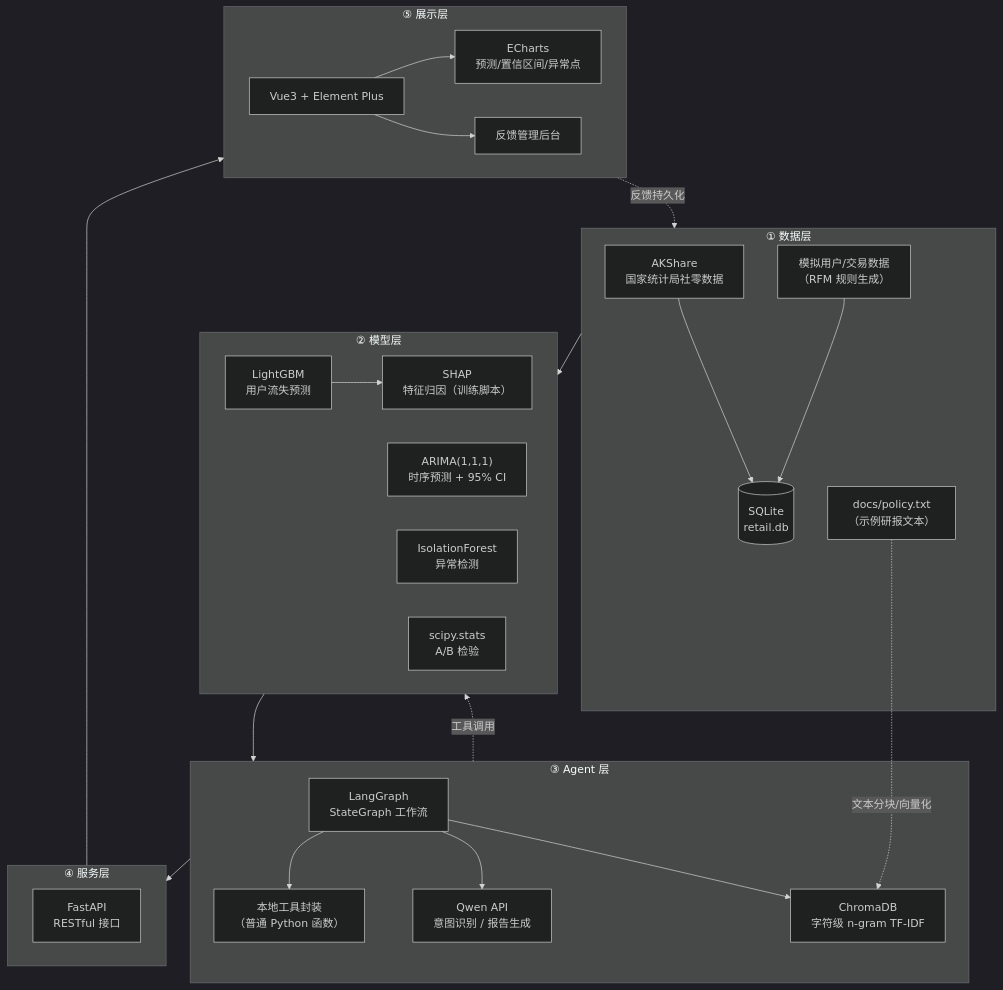
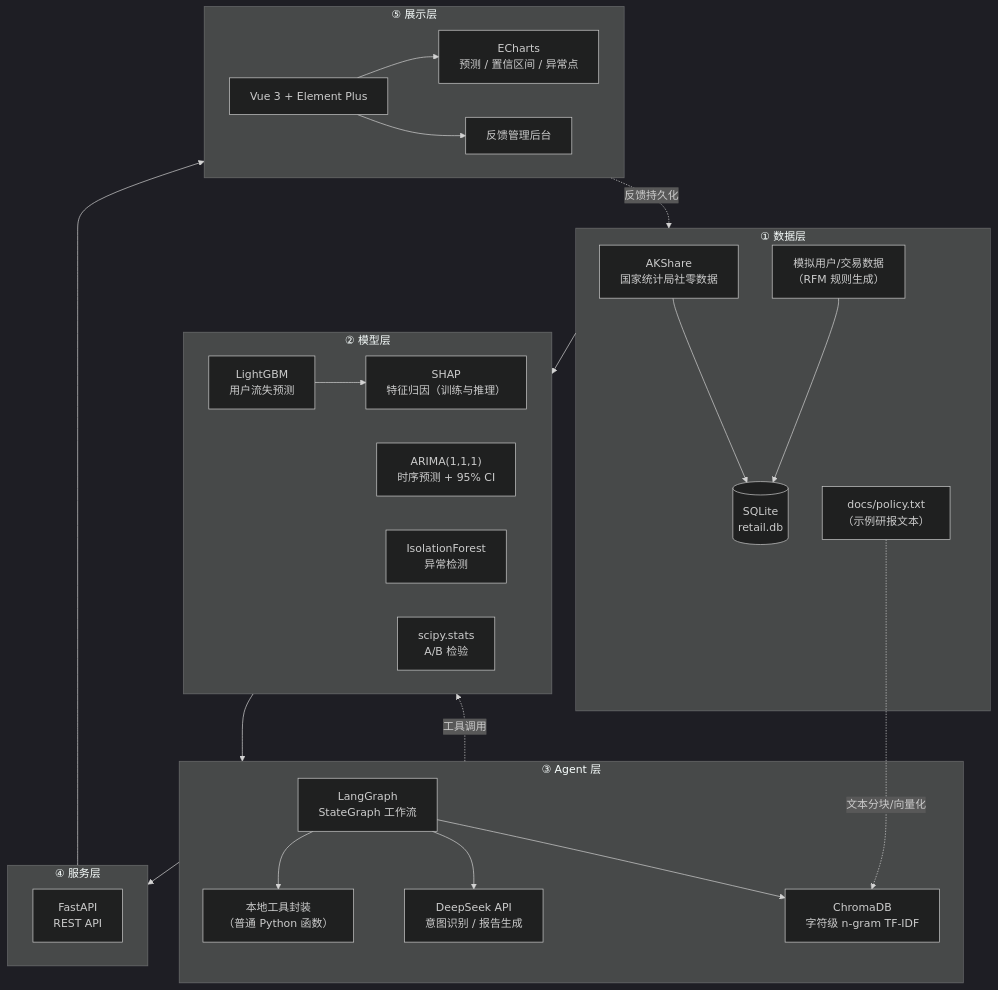
The first of 2 diagrams in README.md (renyj-create/Retail-Macro-Forecast-AI), drawn with Mermaid (dark theme) before and after one commit. The commit also changed other lines of this file and 51 other files, not shown here.

````diff
--- a/README.md
+++ b/README.md
@@ -108,47 +113,47 @@
 ```mermaid
 flowchart TB
     subgraph Data["① 数据层"]
         A1["AKShare<br/>国家统计局社零数据"]
         A2["模拟用户/交易数据<br/>（RFM 规则生成）"]
         A3[("SQLite<br/>retail.db")]
         A4["docs/policy.txt<br/>（示例研报文本）"]
         A1 --> A3
         A2 --> A3
     end
 
     subgraph Model["② 模型层"]
         B1["LightGBM<br/>用户流失预测"]
-        B2["SHAP<br/>特征归因（训练脚本）"]
+        B2["SHAP<br/>特征归因（训练与推理）"]
         B3["ARIMA(1,1,1)<br/>时序预测 + 95% CI"]
         B4["IsolationForest<br/>异常检测"]
         B5["scipy.stats<br/>A/B 检验"]
         B1 --> B2
     end
 
     subgraph Agent["③ Agent 层"]
         C1["LangGraph<br/>StateGraph 工作流"]
         C2["本地工具封装<br/>（普通 Python 函数）"]
-        C3["Qwen API<br/>意图识别 / 报告生成"]
+        C3["DeepSeek API<br/>意图识别 / 报告生成"]
         C4["ChromaDB<br/>字符级 n-gram TF-IDF"]
         C1 --> C2
         C1 --> C3
         C1 --> C4
         A4 -. 文本分块/向量化 .-> C4
     end
 
     subgraph Serve["④ 服务层"]
-        D1["FastAPI<br/>RESTful 接口"]
+        D1["FastAPI<br/>REST API"]
     end
 
     subgraph Front["⑤ 展示层"]
-        E1["Vue3 + Element Plus"]
-        E2["ECharts<br/>预测/置信区间/异常点"]
+        E1["Vue 3 + Element Plus"]
+        E2["ECharts<br/>预测 / 置信区间 / 异常点"]
         E3["反馈管理后台"]
         E1 --> E2
         E1 --> E3
     end
 
     Data --> Model --> Agent --> Serve --> Front
     Agent -. 工具调用 .-> Model
     Front -. 反馈持久化 .-> Data
 ```
````
